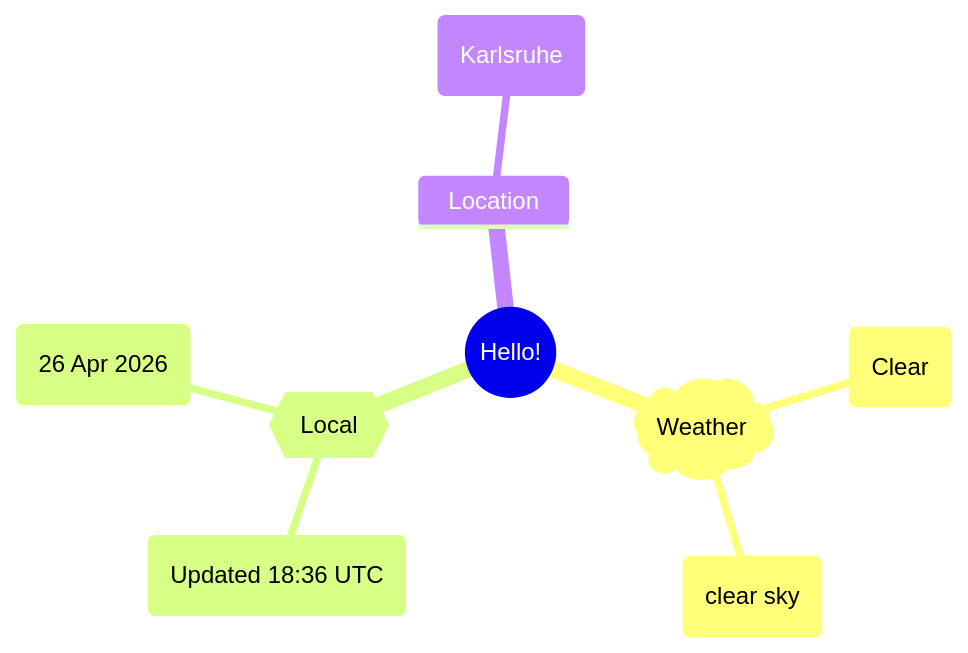
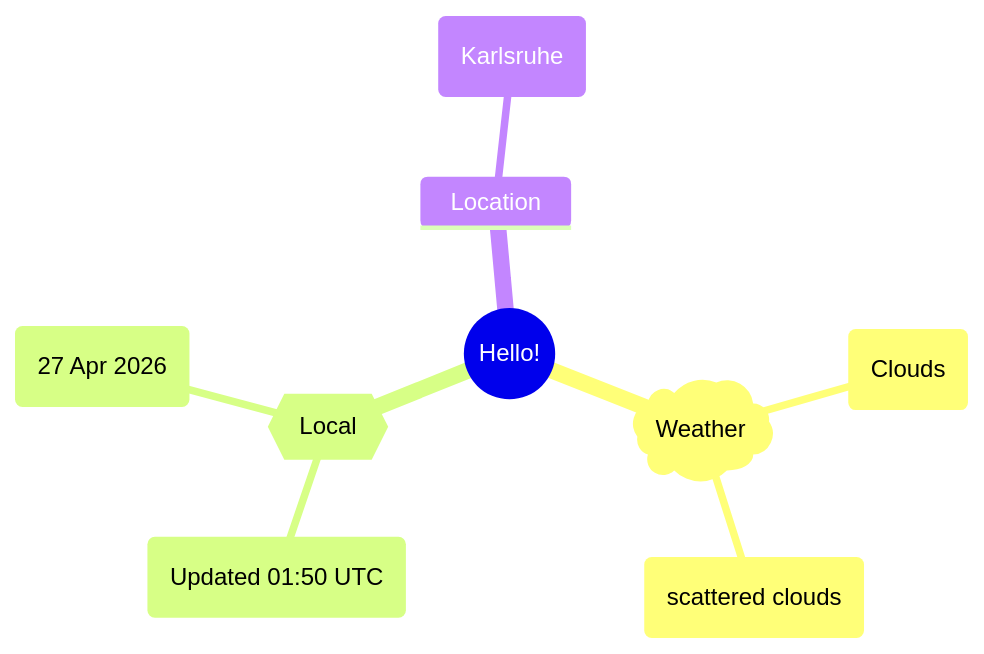
Before and after one commit to Xosrov/Xosrov: the first of 2 diagrams in README.md, drawn with Mermaid.

Commit message:
[bot] updated images

````diff
--- a/README.md
+++ b/README.md
@@ -3,12 +3,12 @@
 ```mermaid
 mindmap
   root((Hello!))
     )Weather(
-        (Clear)
-        (clear sky)
+        (Clouds)
+        (scattered clouds)
     {{Local}}
-        (Updated 18:36 UTC)
-        (26 Apr 2026)
+        (Updated 01:50 UTC)
+        (27 Apr 2026)
     Location
         (Karlsruhe)
 ```
````
